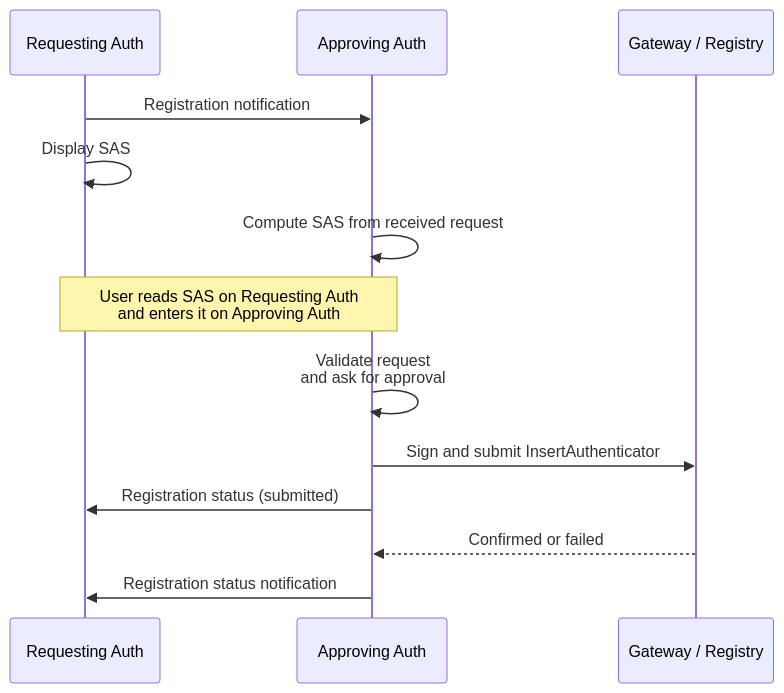
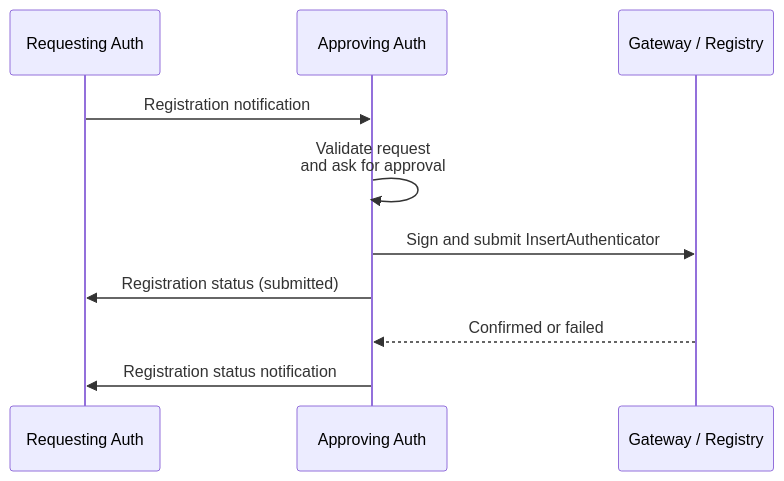
One commit to worldcoin/world-id-protocol changed the diagram in docs/WIPs/wip-109.md. Above: the diagram before and after it, drawn with Mermaid. The commit also changed other lines of this file and 1 other file, not shown here.

Commit message:
docs: remove registration SAS and rely on trusted transport pairing

````diff
--- a/docs/WIPs/wip-109.md
+++ b/docs/WIPs/wip-109.md
@@ -31,16 +31,13 @@
 ```mermaid
 sequenceDiagram
     participant r as Requesting Auth
     participant a as Approving Auth
     participant g as Gateway / Registry
 
     r->>a: Registration notification
-    r->>r: Display SAS
-    a->>a: Compute SAS from received request
-    Note over r,a: User reads SAS on Requesting Auth<br/>and enters it on Approving Auth
     a->>a: Validate request<br/>and ask for approval
     a->>g: Sign and submit InsertAuthenticator
     a->>r: Registration status (submitted)
     g-->>a: Confirmed or failed
     a->>r: Registration status notification
 ```
````
